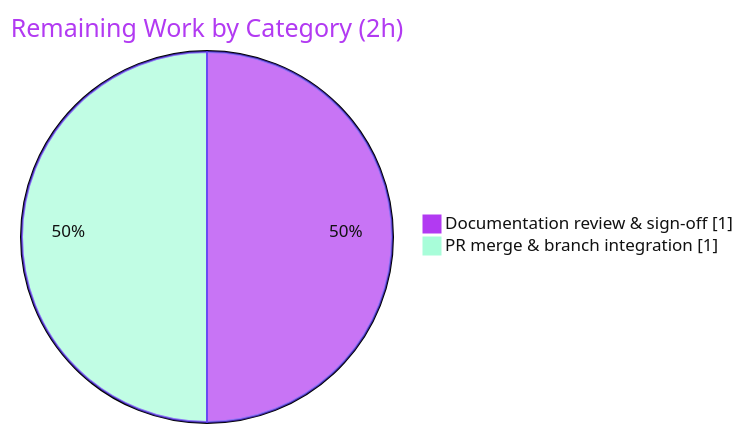
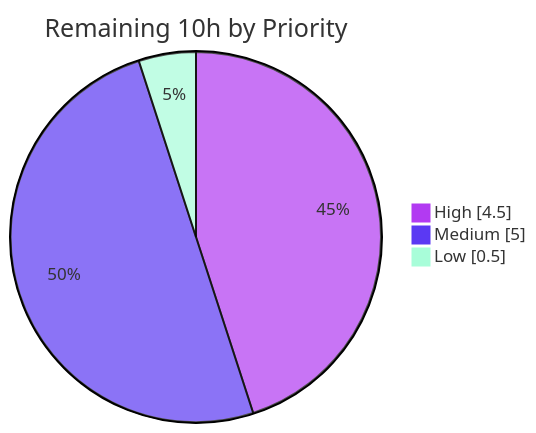
Before and after one commit to Sandeep02Kumar02/23-dec-existing-projects-qa-test-2: the third of 3 diagrams in blitzy/documentation/Project Guide.md, drawn with Mermaid. The commit also changed other lines of this file, not shown here.

Commit message:
Adding Blitzy Project Guide: Project Status and Human Tasks Remaining

````diff
--- a/blitzy/documentation/Project Guide.md
+++ b/blitzy/documentation/Project Guide.md
@@ -209,7 +228,7 @@
 ```mermaid
-%%{init: {"theme": "base", "themeVariables": {"pie1": "#B23AF2", "pie2": "#A8FDD9", "pieStrokeColor": "#5B39F3", "pieTitleTextColor": "#B23AF2", "pieSectionTextColor": "#111111", "pieLegendTextColor": "#111111"}}}%%
-pie showData
-    title Remaining Work by Category (2h)
-    "Documentation review & sign-off" : 1
-    "PR merge & branch integration" : 1
+%%{init: {'theme':'base', 'themeVariables': {'pie1':'#B23AF2','pie2':'#5B39F3','pie3':'#A8FDD9'}}}%%
+pie showData title Remaining 10h by Priority
+    "High" : 4.5
+    "Medium" : 5.0
+    "Low" : 0.5
 ```
````
